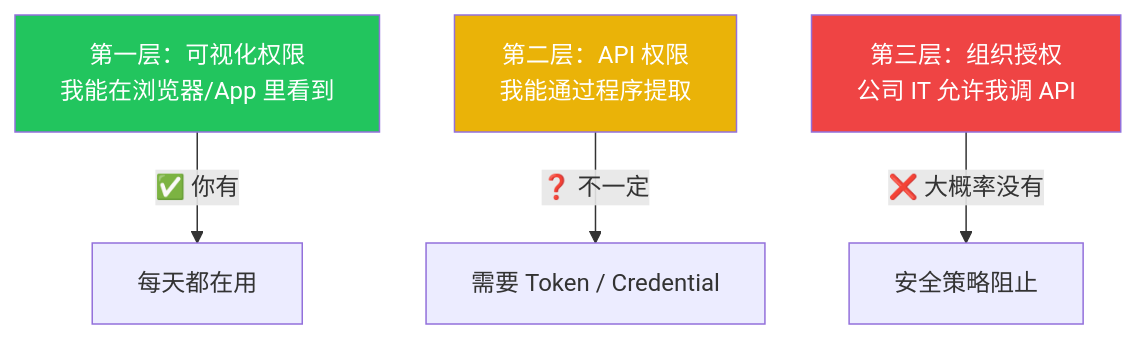
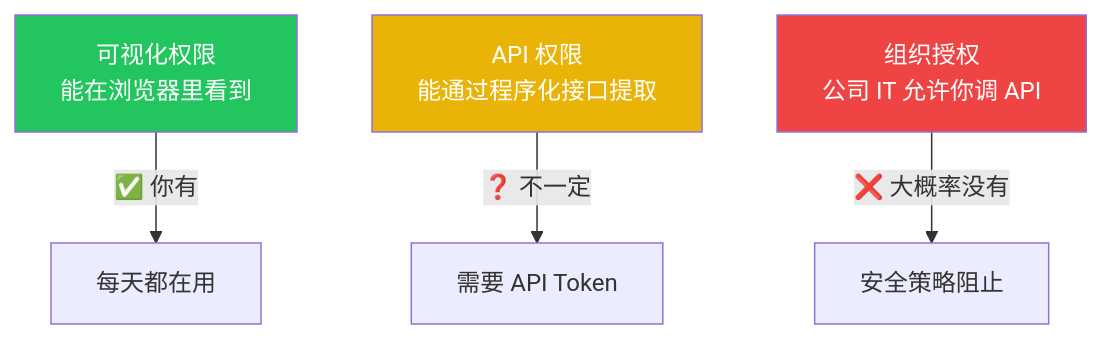
Before and after one commit to Trashwbin/quill: the fourth of 5 diagrams in content/zh/posts/agent-bottleneck-data-sovereignty.md, drawn with Mermaid. The commit also changed other lines of this file, not shown here.

````diff
--- a/content/zh/posts/agent-bottleneck-data-sovereignty.md
+++ b/content/zh/posts/agent-bottleneck-data-sovereignty.md
@@ -89,10 +105,10 @@
 ```mermaid
 graph TB
-    L1["第一层：可视化权限<br/>我能在浏览器/App 里看到"] -->|"✅ 你有"| OK1["每天都在用"]
-    L2["第二层：API 权限<br/>我能通过程序提取"] -->|"❓ 不一定"| Maybe["需要 Token / Credential"]
-    L3["第三层：组织授权<br/>公司 IT 允许我调 API"] -->|"❌ 大概率没有"| Nope["安全策略阻止"]
+    L1["可视化权限<br/>能在浏览器里看到"] -->|"✅ 你有"| OK1["每天都在用"]
+    L2["API 权限<br/>能通过程序化接口提取"] -->|"❓ 不一定"| Maybe["需要 API Token"]
+    L3["组织授权<br/>公司 IT 允许你调 API"] -->|"❌ 大概率没有"| Nope["安全策略阻止"]
     
     style L1 fill:#22c55e,color:#fff
     style L2 fill:#eab308,color:#fff
     style L3 fill:#ef4444,color:#fff
 ```
````
